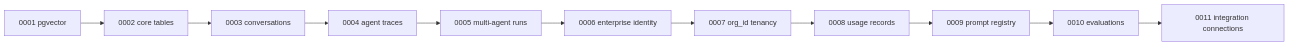
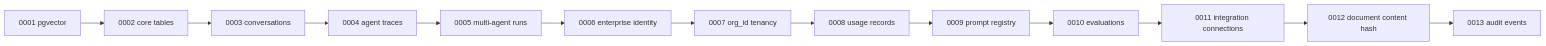
Before and after one commit to harshvardhan8058/Agentforgev2: the seventh of 8 diagrams in docs/ARCHITECTURE_OVERVIEW.md, drawn with Mermaid. The commit also changed other lines of this file and 20 other files, not shown here.

````diff
--- a/docs/ARCHITECTURE_OVERVIEW.md
+++ b/docs/ARCHITECTURE_OVERVIEW.md
@@ -200,8 +200,9 @@
 ```mermaid
 flowchart LR
     m1[0001 pgvector] --> m2[0002 core tables] --> m3[0003 conversations]
     m3 --> m4[0004 agent traces] --> m5[0005 multi-agent runs]
     m5 --> m6[0006 enterprise identity] --> m7[0007 org_id tenancy]
     m7 --> m8[0008 usage records] --> m9[0009 prompt registry]
     m9 --> m10[0010 evaluations] --> m11[0011 integration connections]
+    m11 --> m12[0012 document content hash] --> m13[0013 audit events]
 ```
````
